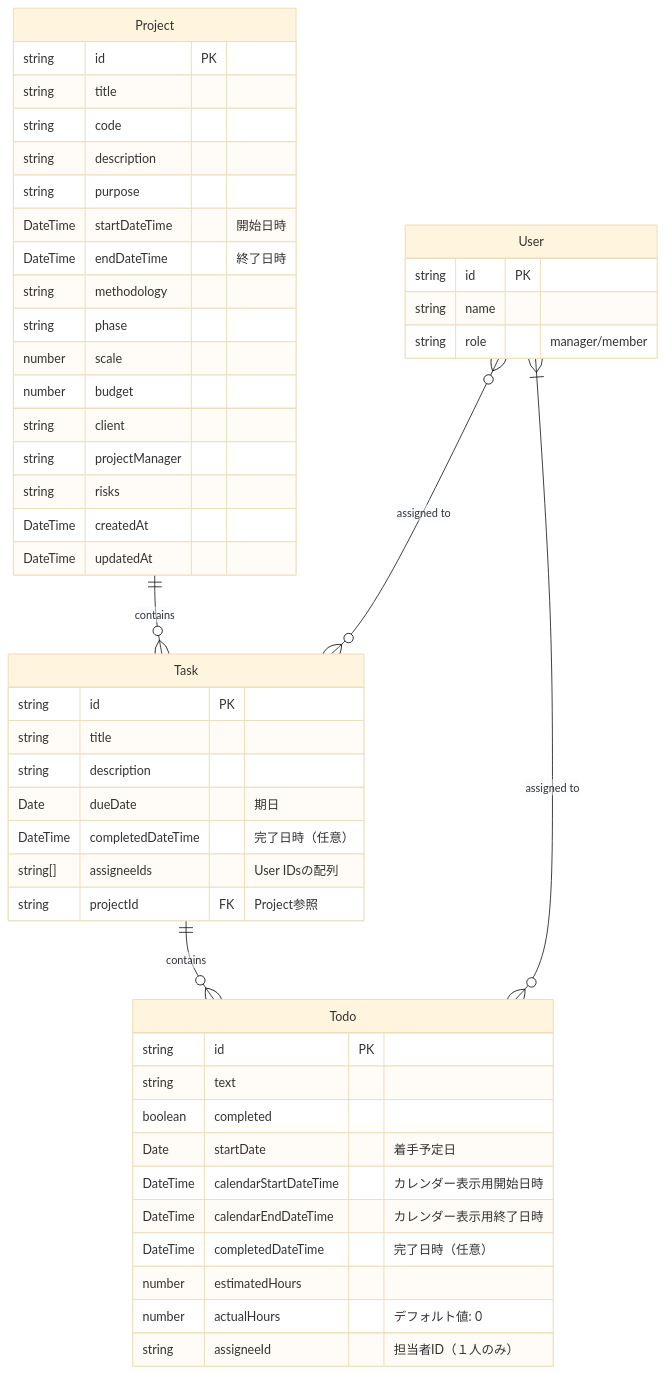
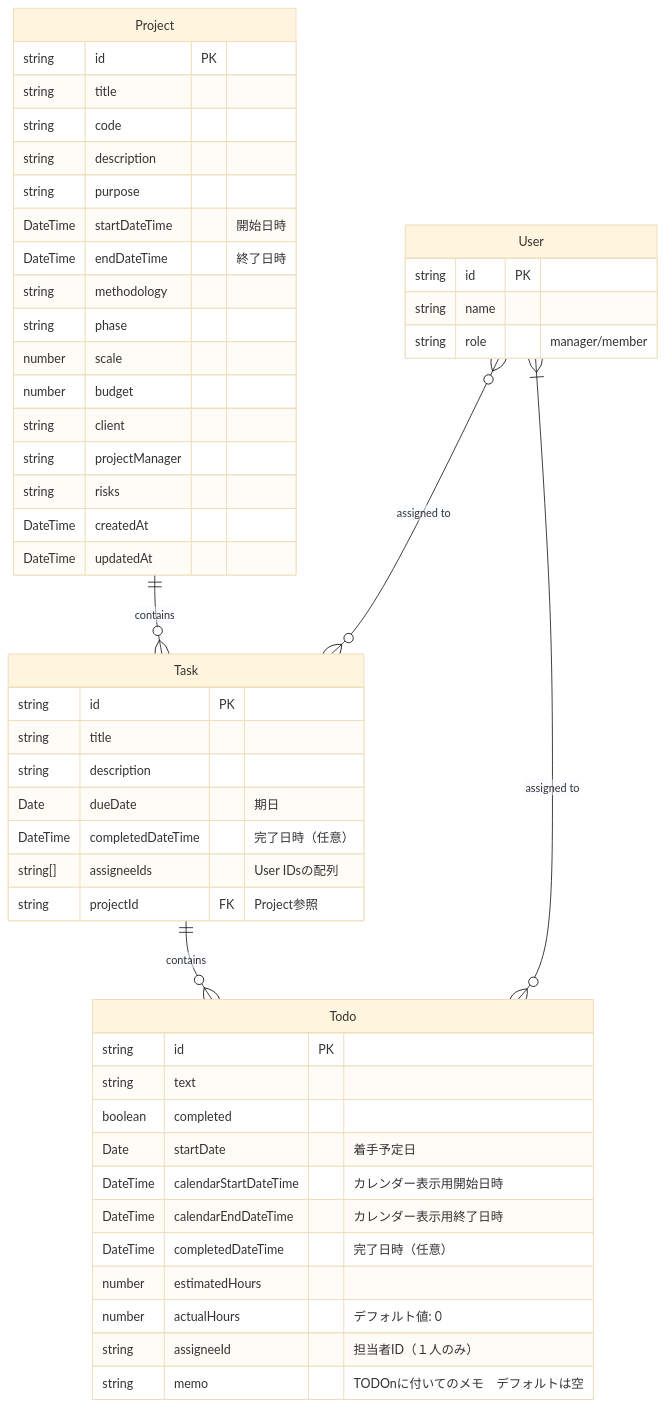
The diagram in docs/improved-data-model.md (whiten-admin/play-ground1), drawn with Mermaid (base theme) before and after one commit. The commit also changed other lines of this file and 2 other files, not shown here.

````diff
--- a/docs/improved-data-model.md
+++ b/docs/improved-data-model.md
@@ -7,55 +7,56 @@
 ```mermaid
 erDiagram
     Project ||--o{ Task : "contains"
     Task ||--o{ Todo : "contains"
     User }o--o{ Task : "assigned to"
     User }|--o{ Todo : "assigned to"
 
     Project {
         string id PK
         string title
         string code
         string description
         string purpose
         DateTime startDateTime "開始日時"
         DateTime endDateTime "終了日時"
         string methodology
         string phase
         number scale
         number budget
         string client
         string projectManager
         string risks
         DateTime createdAt
         DateTime updatedAt
     }
 
     Task {
         string id PK
         string title
         string description
         Date dueDate "期日"
         DateTime completedDateTime "完了日時（任意）"
         string[] assigneeIds "User IDsの配列"
         string projectId FK "Project参照"
     }
 
     Todo {
         string id PK
         string text
         boolean completed
         Date startDate "着手予定日"
         DateTime calendarStartDateTime "カレンダー表示用開始日時"
         DateTime calendarEndDateTime "カレンダー表示用終了日時"
         DateTime completedDateTime "完了日時（任意）"
         number estimatedHours
         number actualHours "デフォルト値: 0"
         string assigneeId "担当者ID（１人のみ）"
+        string memo "TODOnに付いてのメモ　デフォルトは空"
     }
 
     User {
         string id PK
         string name
         string role "manager/member"
     }
 ```
````
